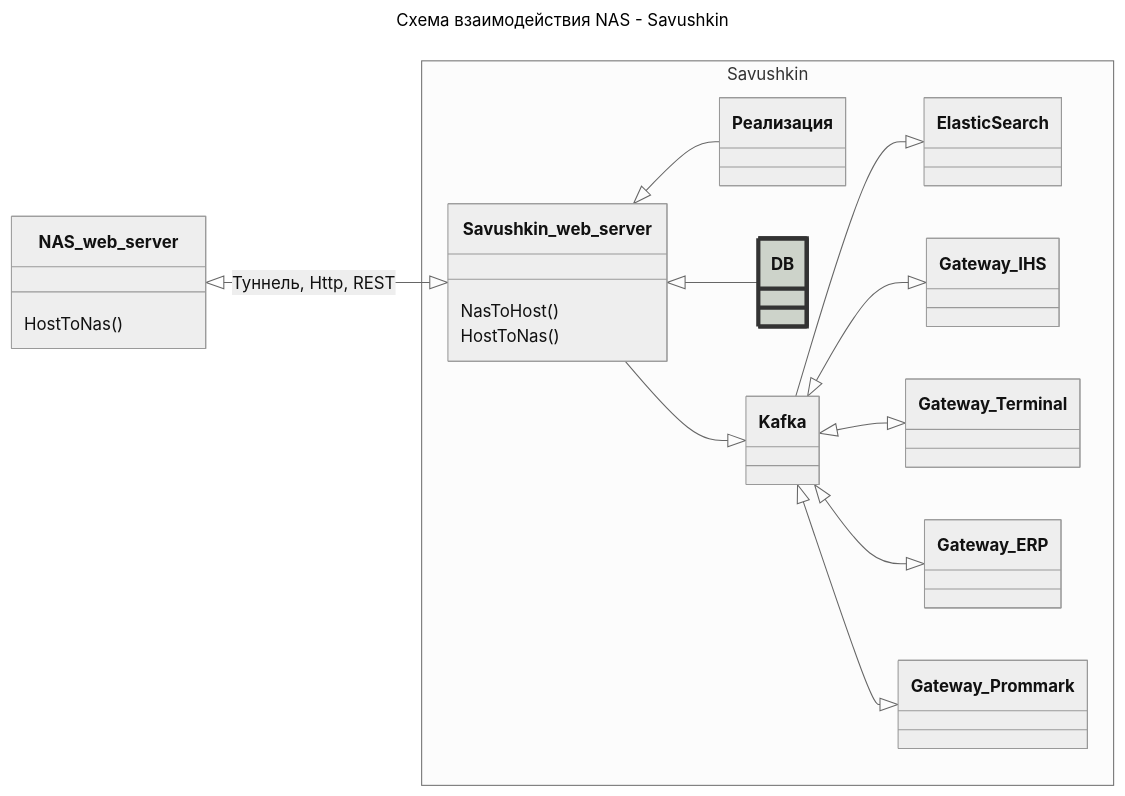
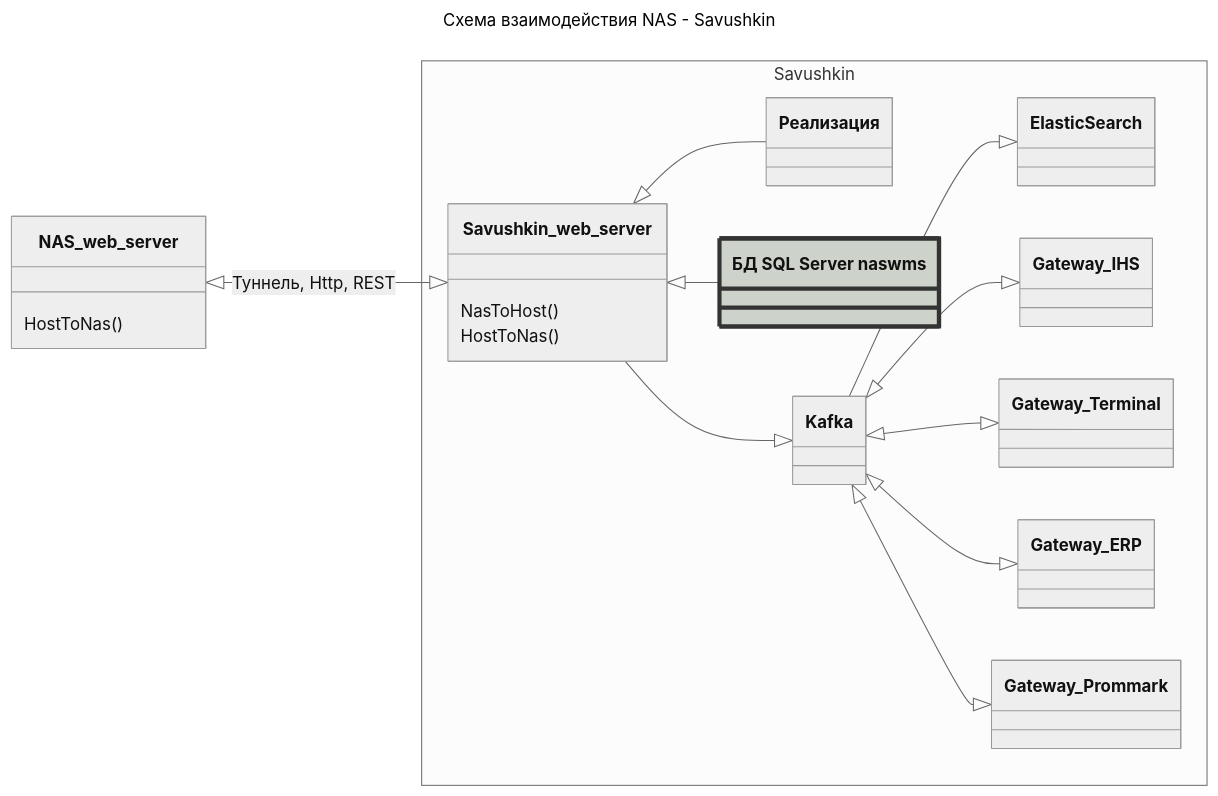
One commit to savushkin-dev/gateway-server changed the diagram in README.md. Above: the diagram before and after it, drawn with Mermaid. The commit also changed other lines of this file, not shown here.

````diff
--- a/README.md
+++ b/README.md
@@ -5,60 +5,60 @@
 ``` mermaid
 ---
 title: Схема взаимодействия NAS - Savushkin
 ---
 
 %%{ init: {'theme': 'neutral'} }%%
- 
+
 classDiagram
     direction LR
-   
+
     class NAS_web_server{
         HostToNas()
     }
 
 namespace Savushkin{
 
     class Savushkin_web_server{
         NasToHost()
         HostToNas()
     }
 
     class Реализация{
     }
 
-    class DB{
+    class DB["БД SQL Server naswms"]{
     }
-    
+
     class Kafka{
     }
 
     class ElasticSearch{
     }
 
     class Gateway_IHS{
     }
 
     class Gateway_Terminal{
     }
 
     class Gateway_ERP{
     }
 
     class Gateway_Prommark{
     }
 }
 
 NAS_web_server <|--|> Savushkin_web_server : Туннель, Http, REST
 Savushkin_web_server <|-- DB
 Savushkin_web_server <|-- Реализация
 Savushkin_web_server --|> Kafka
 
 Kafka --|> ElasticSearch
 Kafka <|--|> Gateway_IHS
 Kafka <|--|> Gateway_Terminal
 Kafka <|--|> Gateway_ERP
 Kafka <|--|> Gateway_Prommark
 
 style DB fill:#cdd3ca,stroke:#333,stroke-width:4px
 
 ```
````
